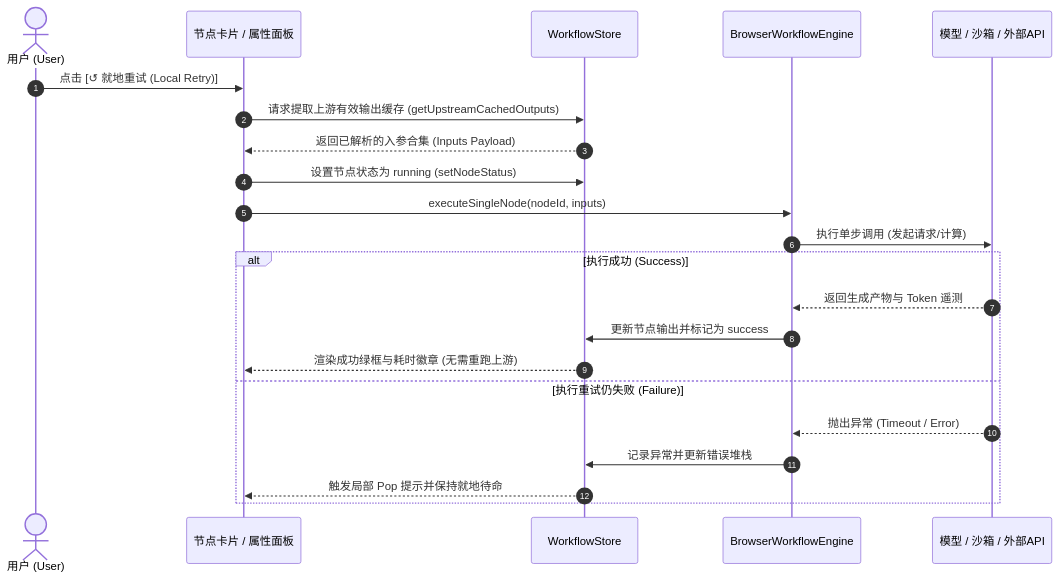
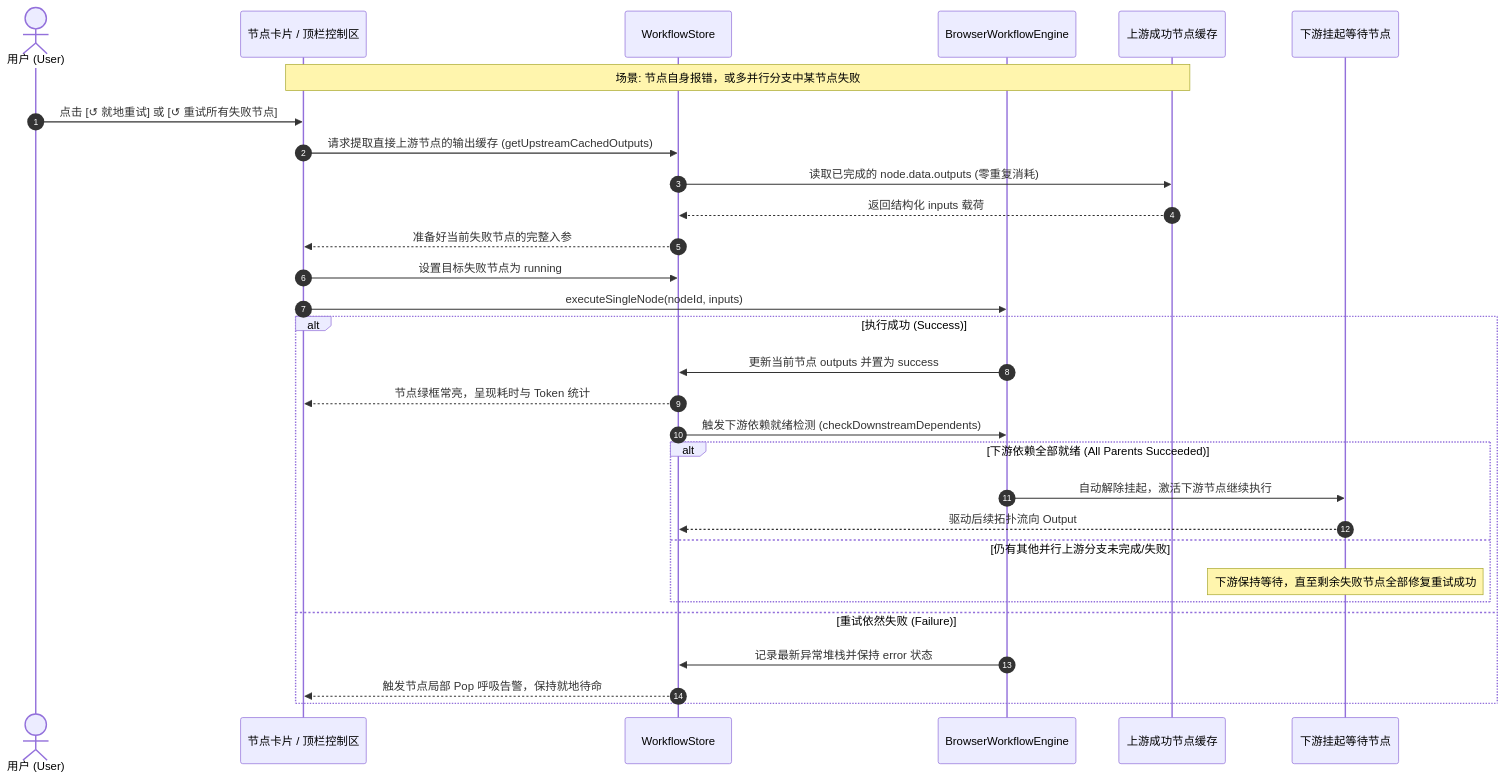
Before and after one commit to GuoBug/PatchCat: the second of 2 diagrams in docs/01-prd/PRD-012-Canvas-Ergonomics-and-Interactive-Productivity.md, drawn with Mermaid. The commit also changed other lines of this file, not shown here.

Commit message:
docs(prd): specify retry target boundaries and parallel failure recovery in PRD-012

````diff
--- a/docs/01-prd/PRD-012-Canvas-Ergonomics-and-Interactive-Productivity.md
+++ b/docs/01-prd/PRD-012-Canvas-Ergonomics-and-Interactive-Productivity.md
@@ -241,25 +258,33 @@
 ```mermaid
 sequenceDiagram
     autonumber
     actor User as 用户 (User)
-    participant UI as 节点卡片 / 属性面板
+    participant UI as 节点卡片 / 顶栏控制区
     participant Store as WorkflowStore
     participant Engine as BrowserWorkflowEngine
-    participant Tool as 模型 / 沙箱 / 外部API
+    participant Upstream as 上游成功节点缓存
+    participant Downstream as 下游挂起等待节点
 
-    User->>UI: 点击 [↺ 就地重试 (Local Retry)]
-    UI->>Store: 请求提取上游有效输出缓存 (getUpstreamCachedOutputs)
-    Store-->>UI: 返回已解析的入参合集 (Inputs Payload)
-    UI->>Store: 设置节点状态为 running (setNodeStatus)
+    Note over UI,Upstream: 场景: 节点自身报错，或多并行分支中某节点失败
+    User->>UI: 点击 [↺ 就地重试] 或 [↺ 重试所有失败节点]
+    UI->>Store: 请求提取直接上游节点的输出缓存 (getUpstreamCachedOutputs)
+    Store->>Upstream: 读取已完成的 node.data.outputs (零重复消耗)
+    Upstream-->>Store: 返回结构化 inputs 载荷
+    Store-->>UI: 准备好当前失败节点的完整入参
+    UI->>Store: 设置目标失败节点为 running
     UI->>Engine: executeSingleNode(nodeId, inputs)
-    Engine->>Tool: 执行单步调用 (发起请求/计算)
     alt 执行成功 (Success)
-        Tool-->>Engine: 返回生成产物与 Token 遥测
-        Engine->>Store: 更新节点输出并标记为 success
-        Store-->>UI: 渲染成功绿框与耗时徽章 (无需重跑上游)
-    else 执行重试仍失败 (Failure)
-        Tool-->>Engine: 抛出异常 (Timeout / Error)
-        Engine->>Store: 记录异常并更新错误堆栈
-        Store-->>UI: 触发局部 Pop 提示并保持就地待命
+        Engine->>Store: 更新当前节点 outputs 并置为 success
+        Store-->>UI: 节点绿框常亮，呈现耗时与 Token 统计
+        Store->>Engine: 触发下游依赖就绪检测 (checkDownstreamDependents)
+        alt 下游依赖全部就绪 (All Parents Succeeded)
+            Engine->>Downstream: 自动解除挂起，激活下游节点继续执行
+            Downstream-->>Store: 驱动后续拓扑流向 Output
+        else 仍有其他并行上游分支未完成/失败
+            Note over Downstream: 下游保持等待，直至剩余失败节点全部修复重试成功
+        end
+    else 重试依然失败 (Failure)
+        Engine->>Store: 记录最新异常堆栈并保持 error 状态
+        Store-->>UI: 触发节点局部 Pop 呼吸告警，保持就地待命
     end
 ```
````
